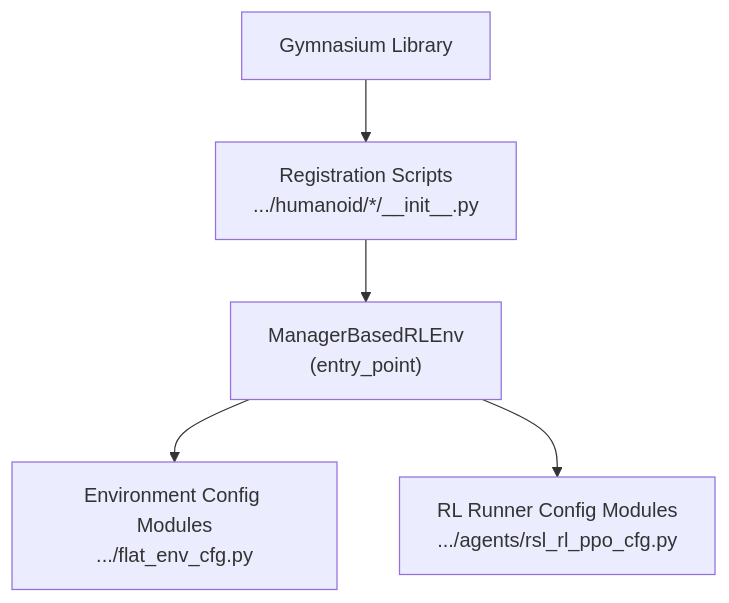
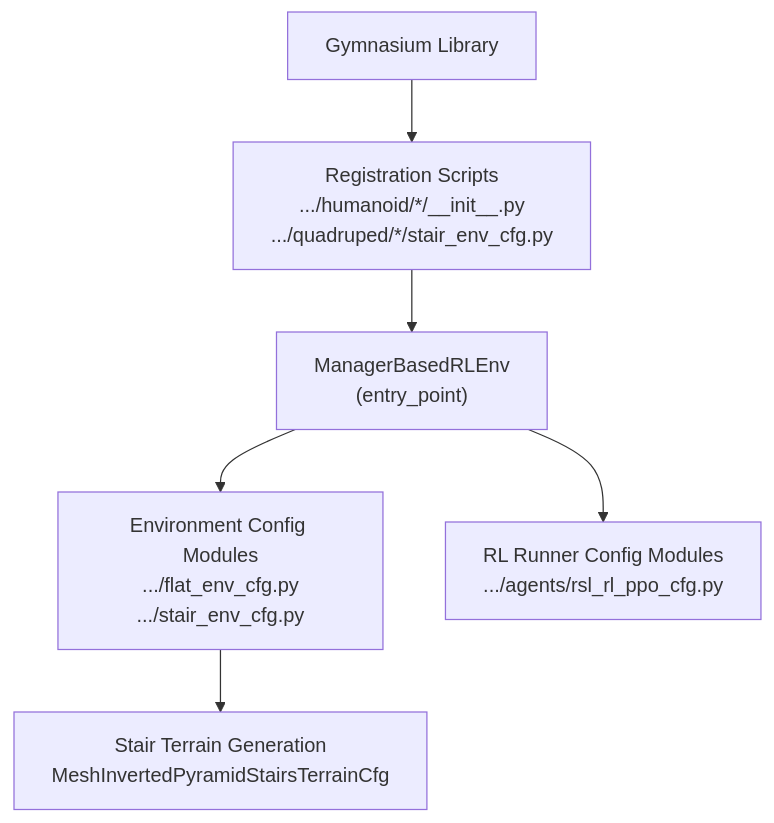
Before and after one commit to jayjayhust/robot_lab: the fourth of 4 diagrams in .qoder/repowiki/en/content/Environment System/Environment Registration Framework.md, drawn with Mermaid. The commit also changed other lines of this file and 21 other files, not shown here.

Commit message:
add stair config for zsl1

````diff
--- a/.qoder/repowiki/en/content/Environment System/Environment Registration Framework.md
+++ b/.qoder/repowiki/en/content/Environment System/Environment Registration Framework.md
@@ -216,12 +280,14 @@
 ```mermaid
 graph TB
 Gymnasium["Gymnasium Library"]
-RegScripts["Registration Scripts<br/>.../humanoid/*/__init__.py"]
+RegScripts["Registration Scripts<br/>.../humanoid/*/__init__.py<br/>.../quadruped/*/stair_env_cfg.py"]
 EnvClass["ManagerBasedRLEnv<br/>(entry_point)"]
-EnvCfg["Environment Config Modules<br/>.../flat_env_cfg.py"]
+EnvCfg["Environment Config Modules<br/>.../flat_env_cfg.py<br/>.../stair_env_cfg.py"]
 RLCfg["RL Runner Config Modules<br/>.../agents/rsl_rl_ppo_cfg.py"]
+StairTerrains["Stair Terrain Generation<br/>MeshInvertedPyramidStairsTerrainCfg"]
 Gymnasium --> RegScripts
 RegScripts --> EnvClass
 EnvClass --> EnvCfg
 EnvClass --> RLCfg
+EnvCfg --> StairTerrains
 ```
````
